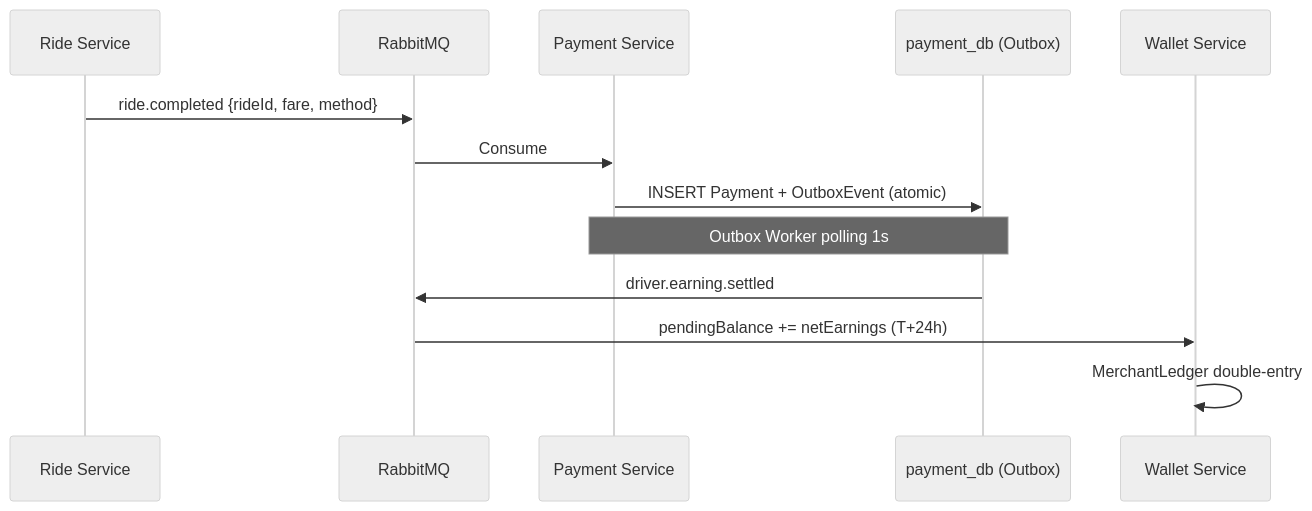
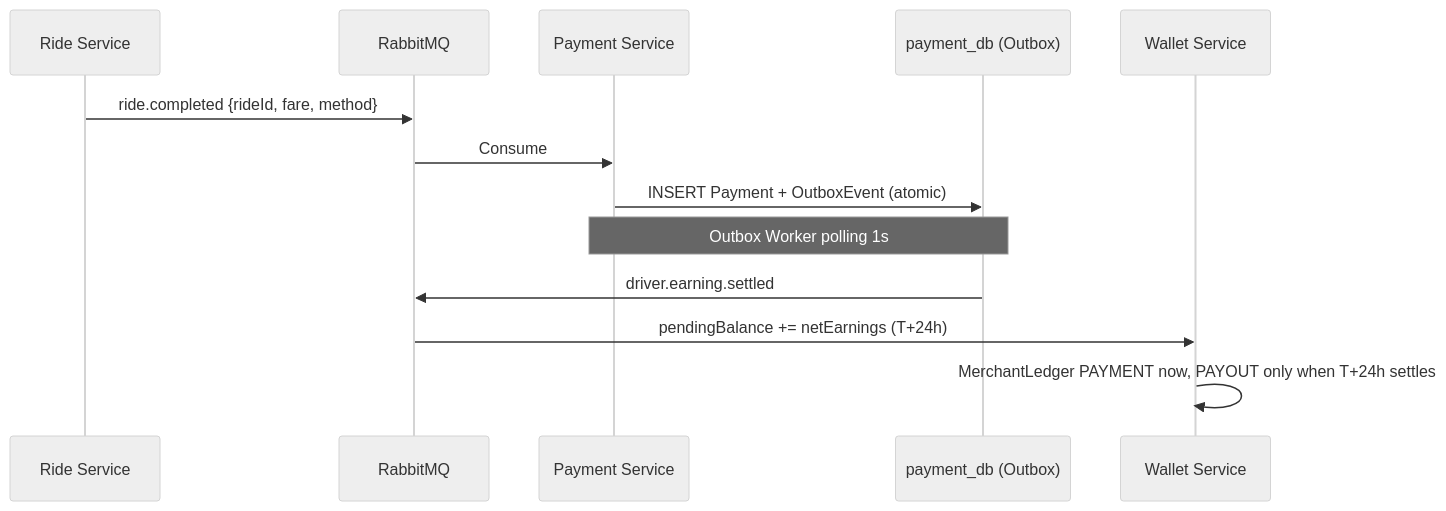
The fifth of 7 diagrams in README.md (foxxiee04/Cab-Booking-System-Project), drawn with Mermaid (neutral theme) before and after one commit. The commit also changed other lines of this file and 286 other files, not shown here.

````diff
--- a/README.md
+++ b/README.md
@@ -425,17 +425,17 @@
 ```mermaid
 sequenceDiagram
     participant R as Ride Service
     participant MQ as RabbitMQ
     participant Pay as Payment Service
     participant DB as payment_db (Outbox)
     participant Wallet as Wallet Service
 
     R->>MQ: ride.completed {rideId, fare, method}
     MQ->>Pay: Consume
 
     Pay->>DB: INSERT Payment + OutboxEvent (atomic)
     Note over Pay,DB: Outbox Worker polling 1s
     DB->>MQ: driver.earning.settled
     MQ->>Wallet: pendingBalance += netEarnings (T+24h)
-    Wallet->>Wallet: MerchantLedger double-entry
+    Wallet->>Wallet: MerchantLedger PAYMENT now, PAYOUT only when T+24h settles
 ```
````
